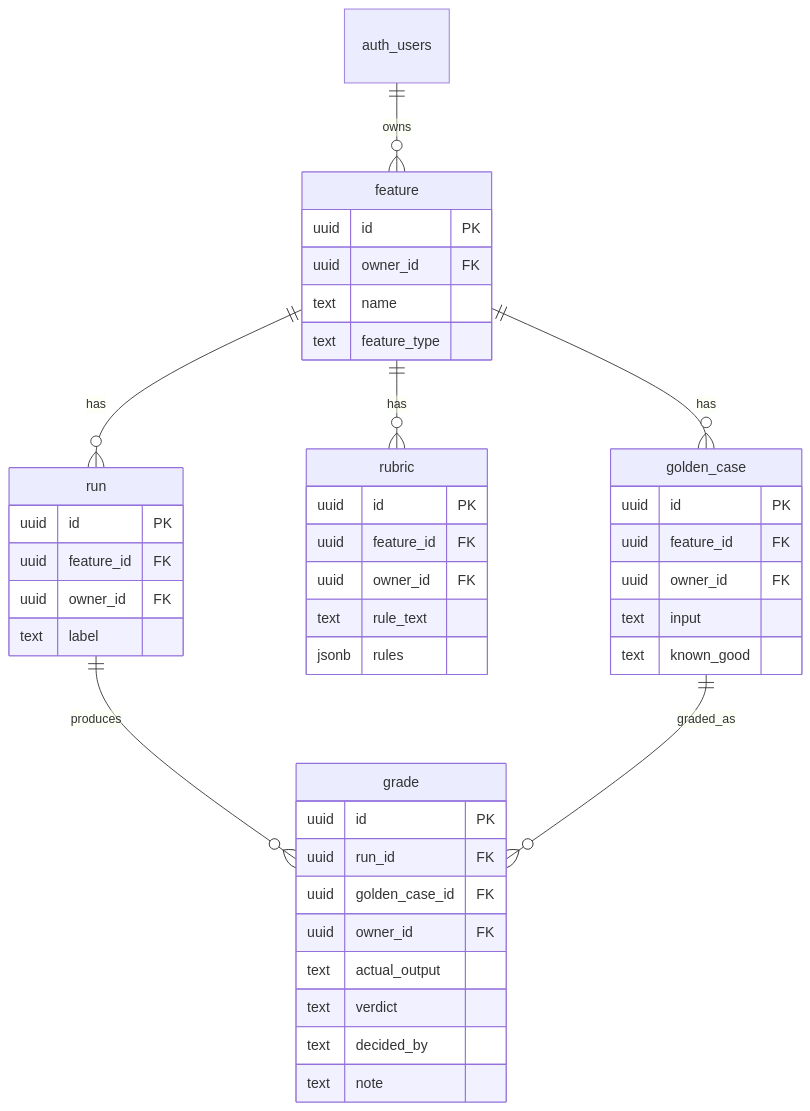
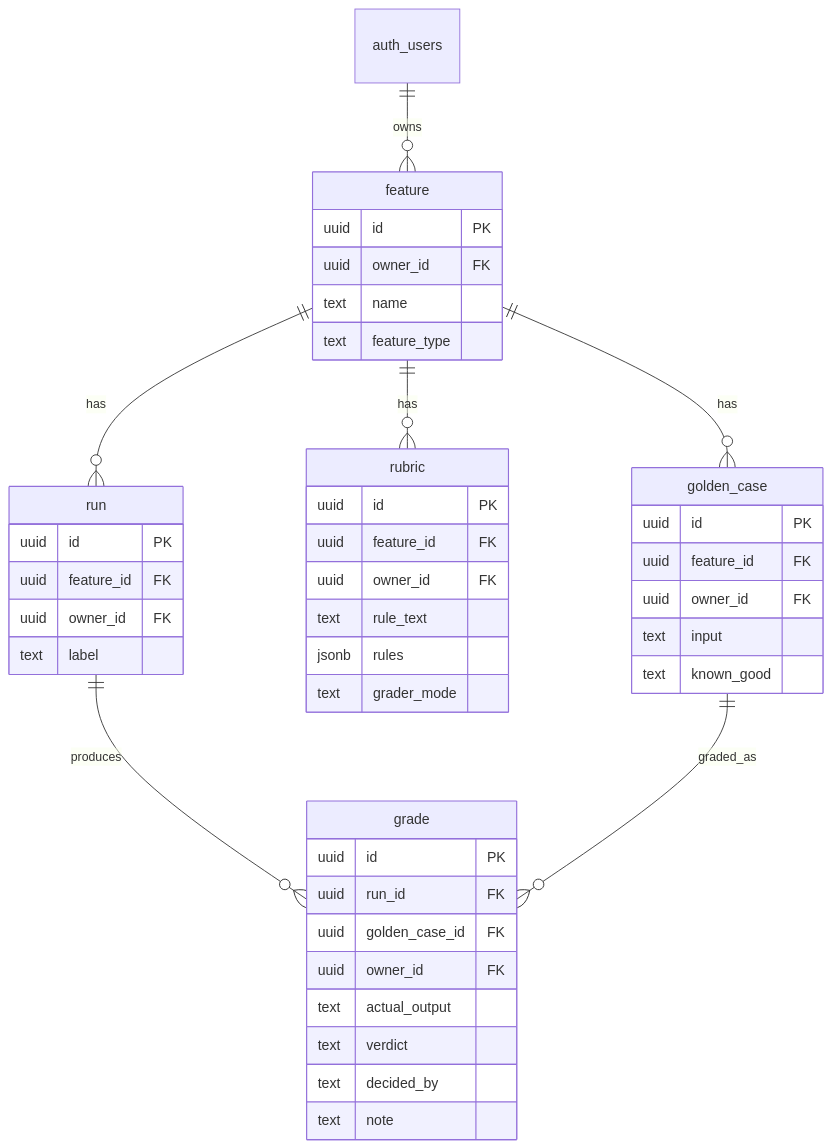
Before and after one commit to kavinrajsi/eval-copilot: the diagram in doc/domain-model.md, drawn with Mermaid. The commit also changed other lines of this file and 8 other files, not shown here.

````diff
--- a/doc/domain-model.md
+++ b/doc/domain-model.md
@@ -9,46 +9,47 @@
 ```mermaid
 erDiagram
     auth_users ||--o{ feature      : owns
     feature    ||--o{ golden_case  : has
     feature    ||--o{ rubric       : has
     feature    ||--o{ run          : has
     run        ||--o{ grade        : produces
     golden_case ||--o{ grade       : graded_as
 
     feature {
         uuid id PK
         uuid owner_id FK
         text name
         text feature_type
     }
     golden_case {
         uuid id PK
         uuid feature_id FK
         uuid owner_id FK
         text input
         text known_good
     }
     rubric {
         uuid id PK
         uuid feature_id FK
         uuid owner_id FK
         text rule_text
         jsonb rules
+        text grader_mode
     }
     run {
         uuid id PK
         uuid feature_id FK
         uuid owner_id FK
         text label
     }
     grade {
         uuid id PK
         uuid run_id FK
         uuid golden_case_id FK
         uuid owner_id FK
         text actual_output
         text verdict
         text decided_by
         text note
     }
 ```
````
